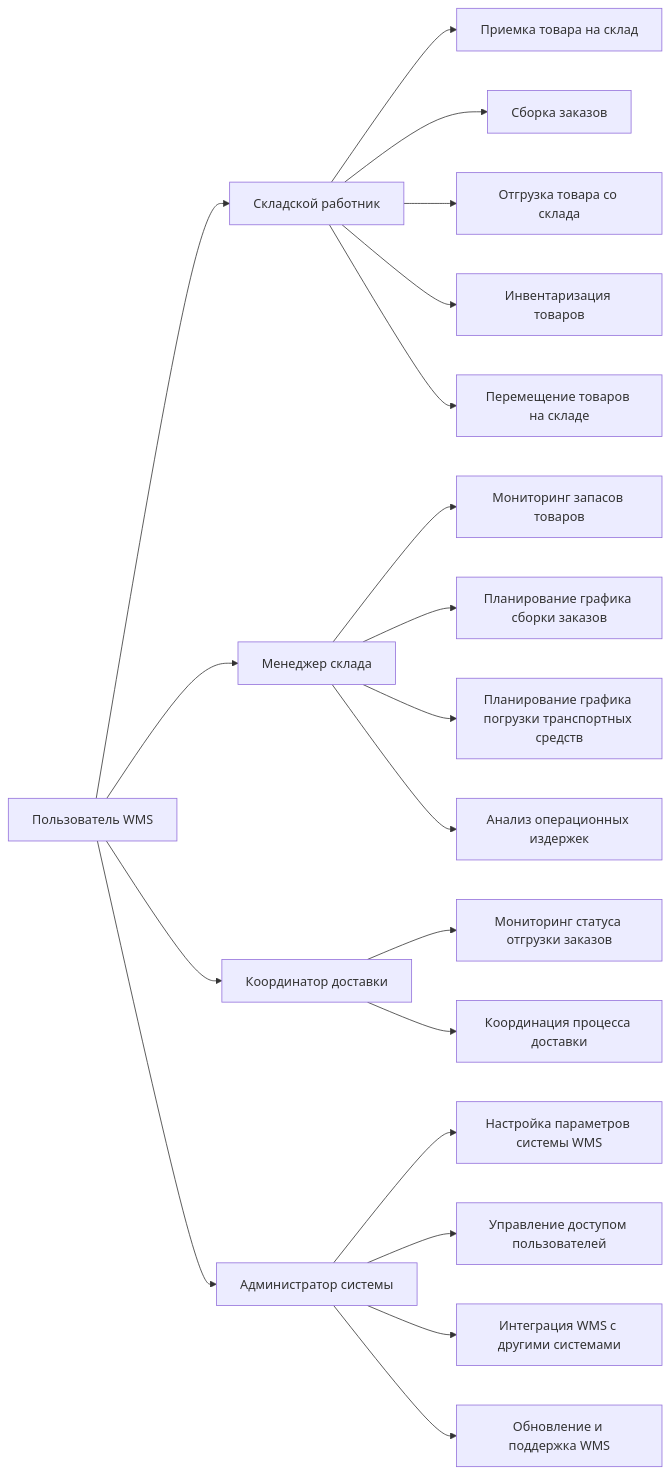
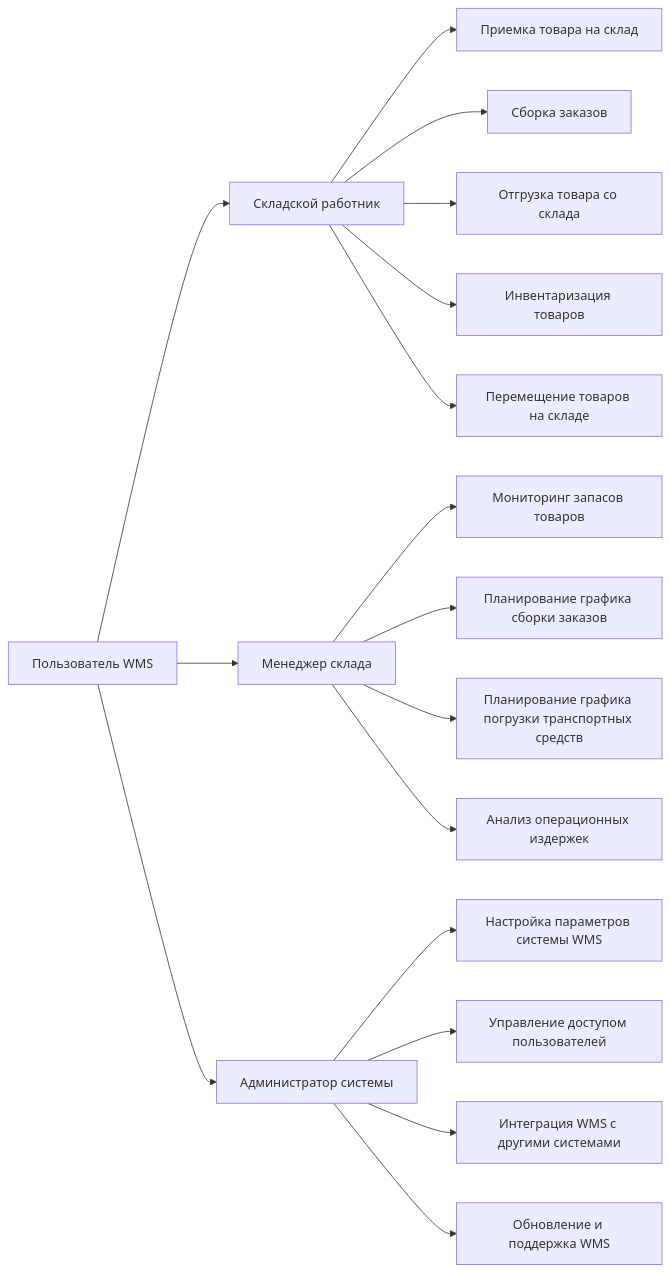
The first of 5 diagrams in README.md (PortnovAlex80/node_js_pro), drawn with Mermaid before and after one commit. The commit also changed other lines of this file, not shown here.

````diff
--- a/README.md
+++ b/README.md
@@ -239,26 +248,22 @@
 ```mermaid
 graph LR 
     A[Пользователь WMS] --> B[Складской работник]
     A --> C[Менеджер склада]
-    A --> D[Координатор доставки]
     A --> E[Администратор системы]
     
     B --> BA[Приемка товара на склад]
     B --> BB[Сборка заказов]
     B --> BC[Отгрузка товара со склада]
     B --> BD[Инвентаризация товаров]
     B --> BE[Перемещение товаров на складе]
     
     C --> CA[Мониторинг запасов товаров]
     C --> CB[Планирование графика сборки заказов]
     C --> CC[Планирование графика погрузки транспортных средств]
     C --> CD[Анализ операционных издержек]
     
-    D --> DA[Мониторинг статуса отгрузки заказов]
-    D --> DB[Координация процесса доставки]
-    
     E --> EA[Настройка параметров системы WMS]
     E --> EB[Управление доступом пользователей]
     E --> EC[Интеграция WMS с другими системами]
     E --> ED[Обновление и поддержка WMS]
 ```
````
